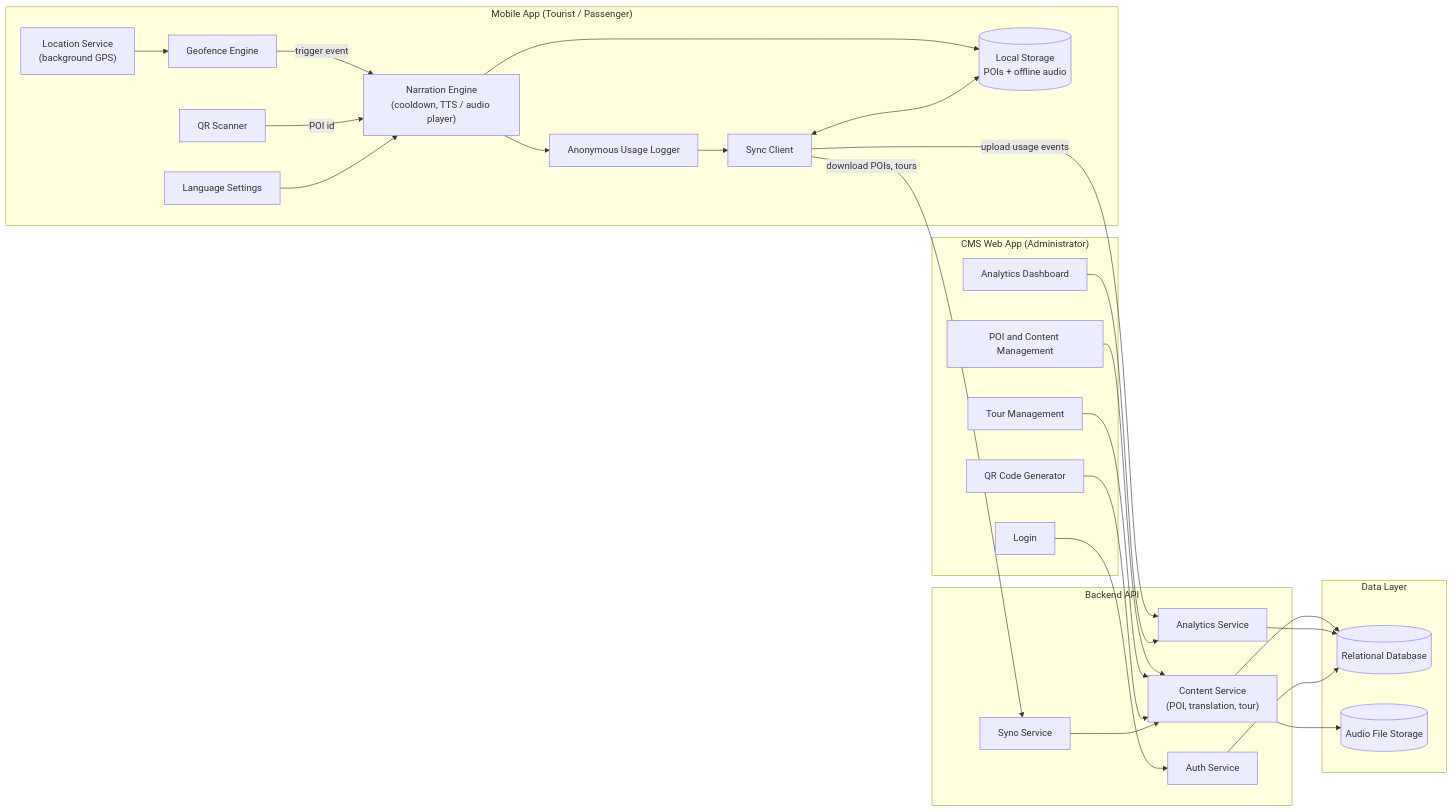
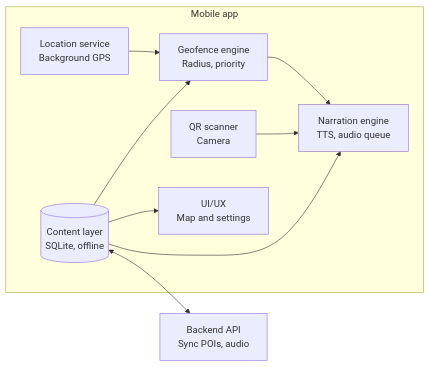
The second of 6 diagrams in README.md (AiraLeFatale/CongNghePhanMem_Project), drawn with Mermaid before and after one commit. The commit also changed other lines of this file, not shown here.

````diff
--- a/README.md
+++ b/README.md
@@ -6,57 +27,20 @@
 ```mermaid
 flowchart LR
-    subgraph MOBILE["Mobile App (Tourist / Passenger)"]
-        LOC["Location Service<br/>(background GPS)"]
-        GEO["Geofence Engine"]
-        QR["QR Scanner"]
-        NAR["Narration Engine<br/>(cooldown, TTS / audio player)"]
-        LANG["Language Settings"]
-        CACHE[("Local Storage<br/>POIs + offline audio")]
-        SYNC["Sync Client"]
-        LOG["Anonymous Usage Logger"]
+    subgraph MOBILE["Mobile app"]
+        LOC["Location service<br/>Background GPS"]
+        QR["QR scanner<br/>Camera"]
+        GEO["Geofence engine<br/>Radius, priority"]
+        NAR["Narration engine<br/>TTS, audio queue"]
+        UI["UI/UX<br/>Map and settings"]
+        CONTENT[("Content layer<br/>SQLite, offline")]
     end
-
-    subgraph CMS["CMS Web App (Administrator)"]
-        AUTH_UI["Login"]
-        POI_UI["POI and Content Management"]
-        TOUR_UI["Tour Management"]
-        QRGEN["QR Code Generator"]
-        DASH["Analytics Dashboard"]
-    end
-
-    subgraph BACKEND["Backend API"]
-        AUTH["Auth Service"]
-        CONTENT["Content Service<br/>(POI, translation, tour)"]
-        SYNCSVC["Sync Service"]
-        ANALYTICS["Analytics Service"]
-    end
-
-    subgraph DATA["Data Layer"]
-        DB[("Relational Database")]
-        FILES[("Audio File Storage")]
-    end
+    API["Backend API<br/>Sync POIs, audio"]
 
     LOC --> GEO
-    GEO -->|trigger event| NAR
-    QR -->|POI id| NAR
-    LANG --> NAR
-    NAR --> CACHE
-    NAR --> LOG
-    SYNC <--> CACHE
-    LOG --> SYNC
-
-    SYNC -->|download POIs, tours| SYNCSVC
-    SYNC -->|upload usage events| ANALYTICS
-
-    AUTH_UI --> AUTH
-    POI_UI --> CONTENT
-    TOUR_UI --> CONTENT
-    QRGEN --> CONTENT
-    DASH --> ANALYTICS
-
-    CONTENT --> DB
-    CONTENT --> FILES
-    SYNCSVC --> CONTENT
-    ANALYTICS --> DB
-    AUTH --> DB
+    GEO --> NAR
+    QR --> NAR
+    CONTENT --> GEO
+    CONTENT --> UI
+    CONTENT --> NAR
+    CONTENT <--> API
 ```
````
